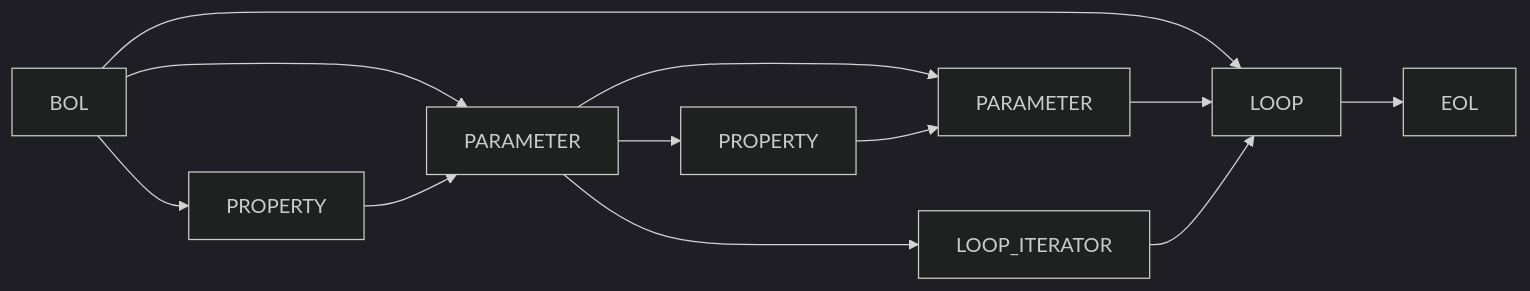
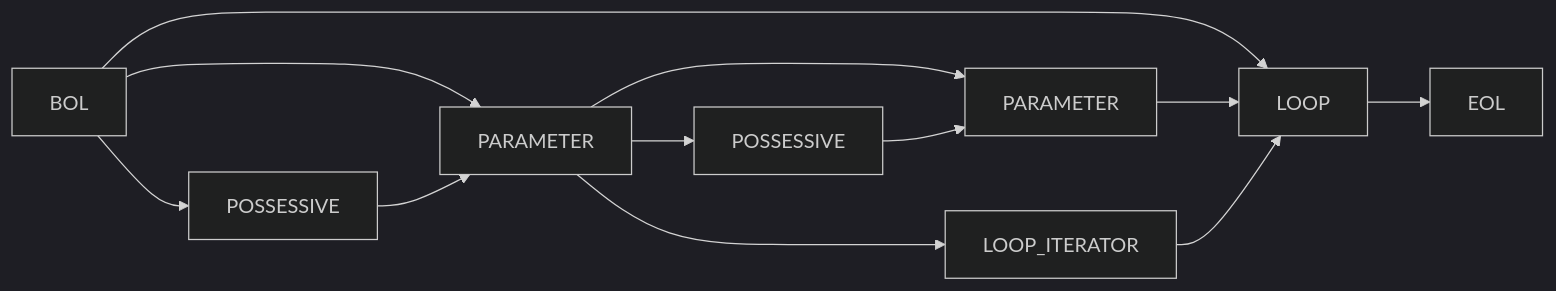
The fifth of 12 diagrams in documentation/nfsm.md (rewhowe/snapdragon), drawn with Mermaid (dark theme) before and after one commit. The commit also changed other lines of this file and 11 other files, not shown here.

Commit message:
rename token property to possessive

````diff
--- a/documentation/nfsm.md
+++ b/documentation/nfsm.md
@@ -92,20 +92,20 @@
 ```mermaid
 graph LR
   BOL --> PARAMETER_1[PARAMETER]
-  BOL --> PROPERTY_1[PROPERTY]
+  BOL --> POSSESSIVE_1[POSSESSIVE]
   BOL --> LOOP
 
   PARAMETER_1[PARAMETER] --> PARAMETER_2[PARAMETER]
   PARAMETER_1[PARAMETER] --> LOOP_ITERATOR
-  PARAMETER_1[PARAMETER] --> PROPERTY_2[PARAMETER]
+  PARAMETER_1[PARAMETER] --> POSSESSIVE_2[PARAMETER]
 
   PARAMETER_2[PARAMETER] --> LOOP
 
-  PROPERTY_1[PROPERTY] --> PARAMETER_1[PARAMETER]
+  POSSESSIVE_1[POSSESSIVE] --> PARAMETER_1[PARAMETER]
 
-  PROPERTY_2[PROPERTY] --> PARAMETER_2[PARAMETER]
+  POSSESSIVE_2[POSSESSIVE] --> PARAMETER_2[PARAMETER]
 
   LOOP_ITERATOR --> LOOP
 
   LOOP --> EOL
 ```
````
